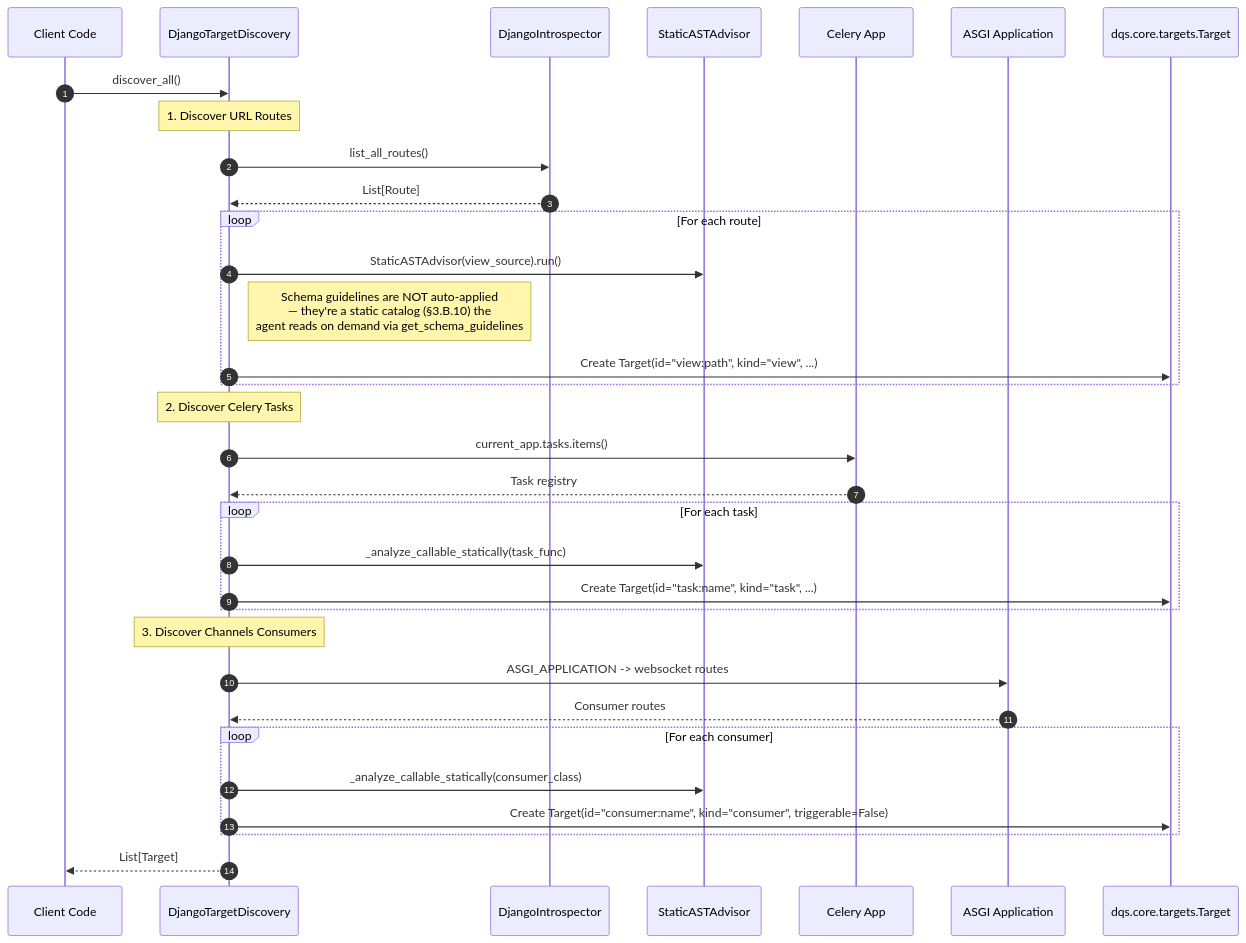
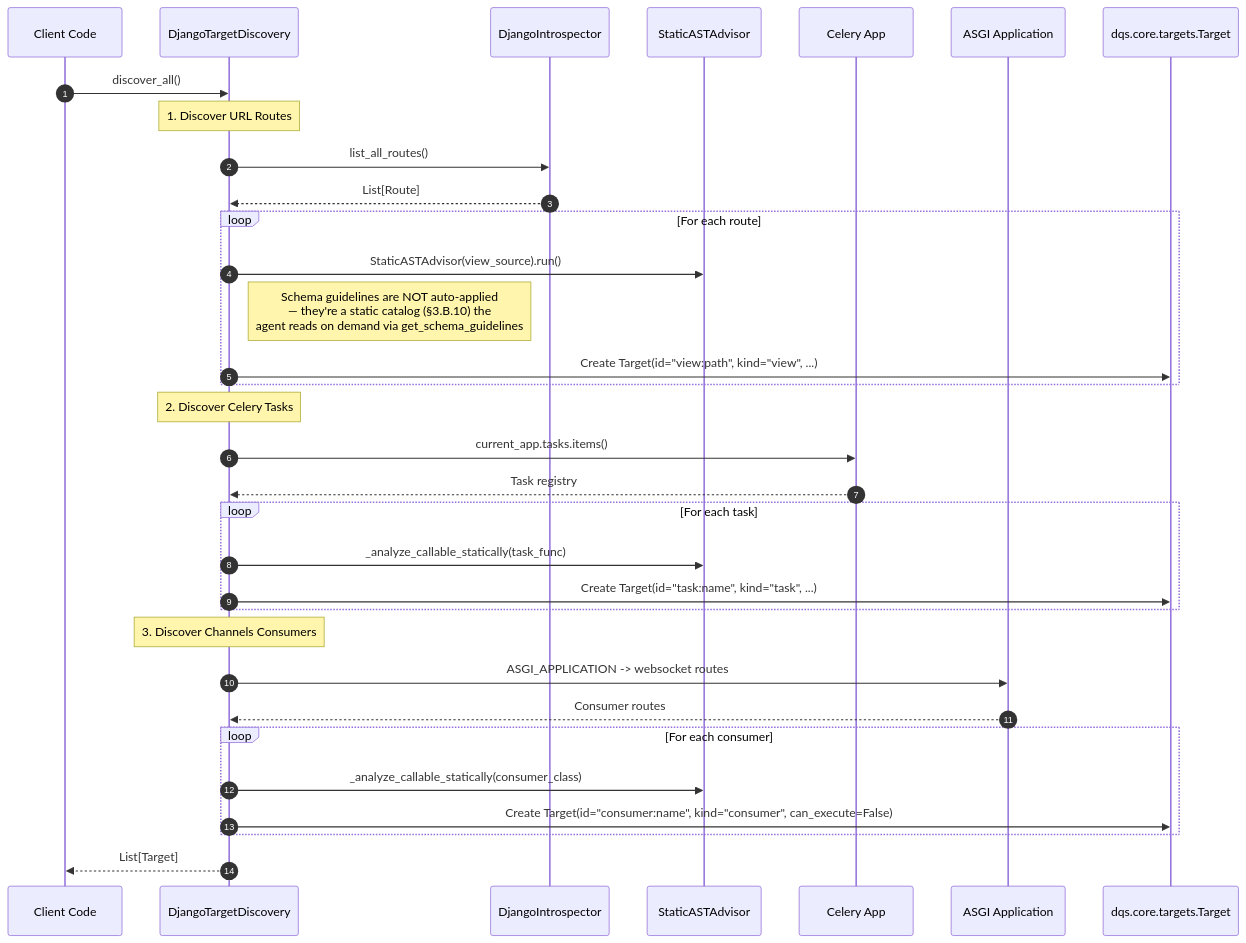
The tenth of 12 diagrams in architecture.md (Profysr/da-profiler), drawn with Mermaid before and after one commit. The commit also changed 2 other files, not shown here.

Commit message:
refactor: update Target dataclass attributes and streamline DjangoSandboxRunner methods

````diff
--- a/architecture.md
+++ b/architecture.md
@@ -623,41 +623,41 @@
 ```mermaid
 sequenceDiagram
     autonumber
     participant Client as Client Code
     participant Discovery as DjangoTargetDiscovery
     participant Introspector as DjangoIntrospector
     participant StaticAdv as StaticASTAdvisor
     participant Celery as Celery App
     participant Channels as ASGI Application
     participant Target as dqs.core.targets.Target
 
     Client->>Discovery: discover_all()
 
     Note over Discovery: 1. Discover URL Routes
     Discovery->>Introspector: list_all_routes()
     Introspector-->>Discovery: List[Route]
 
     loop For each route
         Discovery->>StaticAdv: StaticASTAdvisor(view_source).run()
         Note right of Discovery: Schema guidelines are NOT auto-applied<br/>— they're a static catalog (§3.B.10) the<br/>agent reads on demand via get_schema_guidelines
         Discovery->>Target: Create Target(id="view:path", kind="view", ...)
     end
 
     Note over Discovery: 2. Discover Celery Tasks
     Discovery->>Celery: current_app.tasks.items()
     Celery-->>Discovery: Task registry
     loop For each task
         Discovery->>StaticAdv: _analyze_callable_statically(task_func)
         Discovery->>Target: Create Target(id="task:name", kind="task", ...)
     end
 
     Note over Discovery: 3. Discover Channels Consumers
     Discovery->>Channels: ASGI_APPLICATION -> websocket routes
     Channels-->>Discovery: Consumer routes
     loop For each consumer
         Discovery->>StaticAdv: _analyze_callable_statically(consumer_class)
-        Discovery->>Target: Create Target(id="consumer:name", kind="consumer", triggerable=False)
+        Discovery->>Target: Create Target(id="consumer:name", kind="consumer", can_execute=False)
     end
 
     Discovery-->>Client: List[Target]
 ```
````
